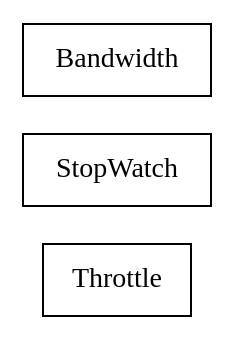
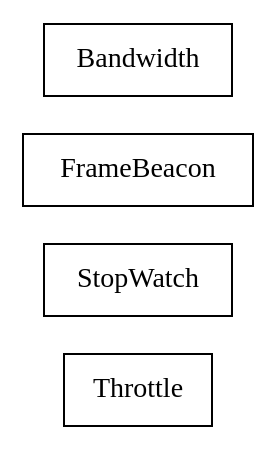
Before and after one commit to sekati/sasapi: the diagram in docs/com/sekati/time/classes.dot, drawn with Graphviz. The commit also changed 230 other files, not shown here.

```diff
--- a/docs/com/sekati/time/classes.dot
+++ b/docs/com/sekati/time/classes.dot
@@ -1,21 +1,27 @@
 strict digraph class_diagram {
   rankdir=LR;
   TypeThrottle[
     label="Throttle",
     URL="Throttle.html",
     tooltip="com.sekati.time.Throttle",
     shape="record"
   ];
   TypeStopWatch[
     label="StopWatch",
     URL="StopWatch.html",
     tooltip="com.sekati.time.StopWatch",
     shape="record"
   ];
+  TypeFrameBeacon[
+    label="FrameBeacon",
+    URL="FrameBeacon.html",
+    tooltip="com.sekati.time.FrameBeacon",
+    shape="record"
+  ];
   TypeBandwidth[
     label="Bandwidth",
     URL="Bandwidth.html",
     tooltip="com.sekati.time.Bandwidth",
     shape="record"
   ];
 }
```
